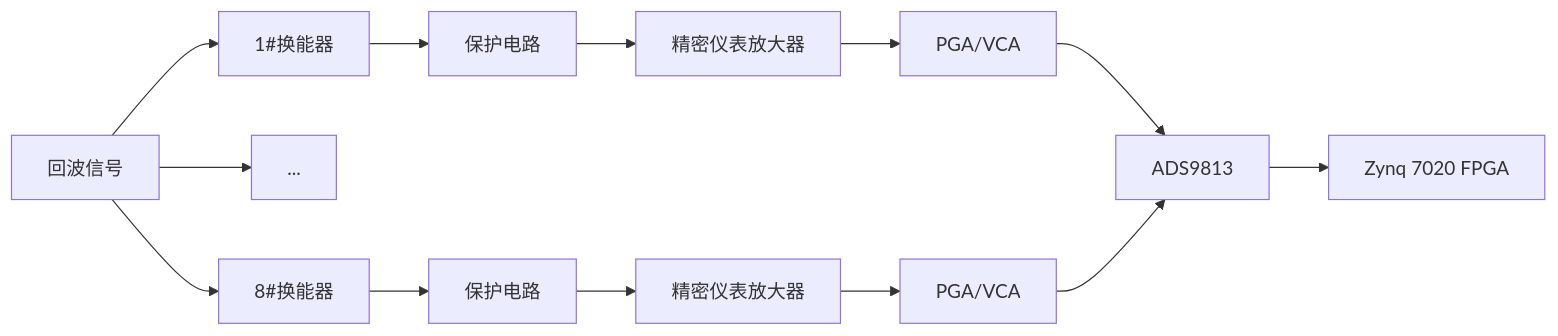
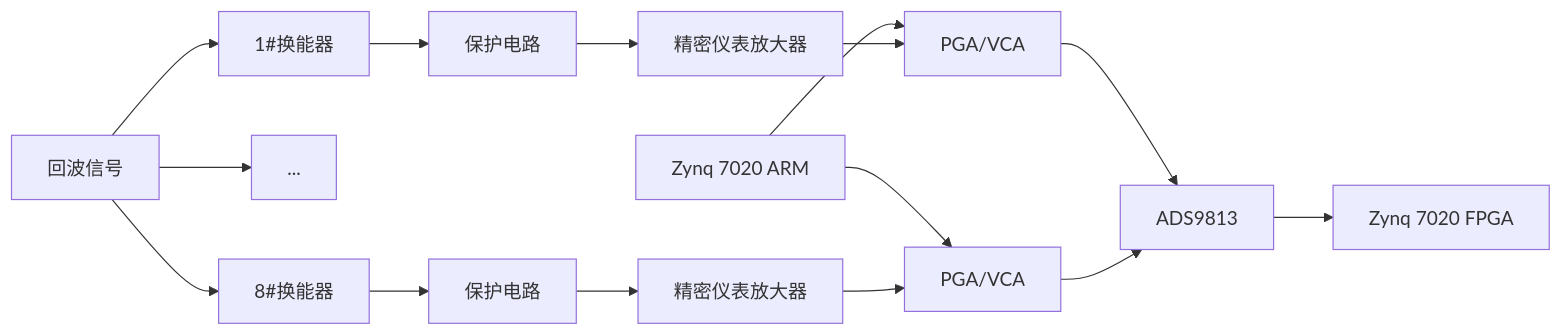
The diagram in all/多通道同步采集-1.md (Rukawa15/iodraw-files), drawn with Mermaid before and after one commit.

Commit message:
2025-06-19 14:21:25 update

````diff
--- a/all/多通道同步采集-1.md
+++ b/all/多通道同步采集-1.md
@@ -1,21 +1,23 @@
 ```mermaid
 graph LR
 A[回波信号]
 A --> B1[1#换能器]
 A --> ...
 A --> B8[8#换能器]
 
 B1 --> C1[保护电路]
 B8 --> C8[保护电路]
 
 C1 --> D1[精密仪表放大器]
 C8 --> D8[精密仪表放大器]
+H[Zynq 7020 ARM] --> E1
+H[Zynq 7020 ARM] --> E8
 D1 --> E1[PGA/VCA]
 D8 --> E8[PGA/VCA]
 
 E1 --> F[ADS9813] 
 E8 --> F[ADS9813] 
 
 F --> G[Zynq 7020 FPGA]
 
 ```
````
